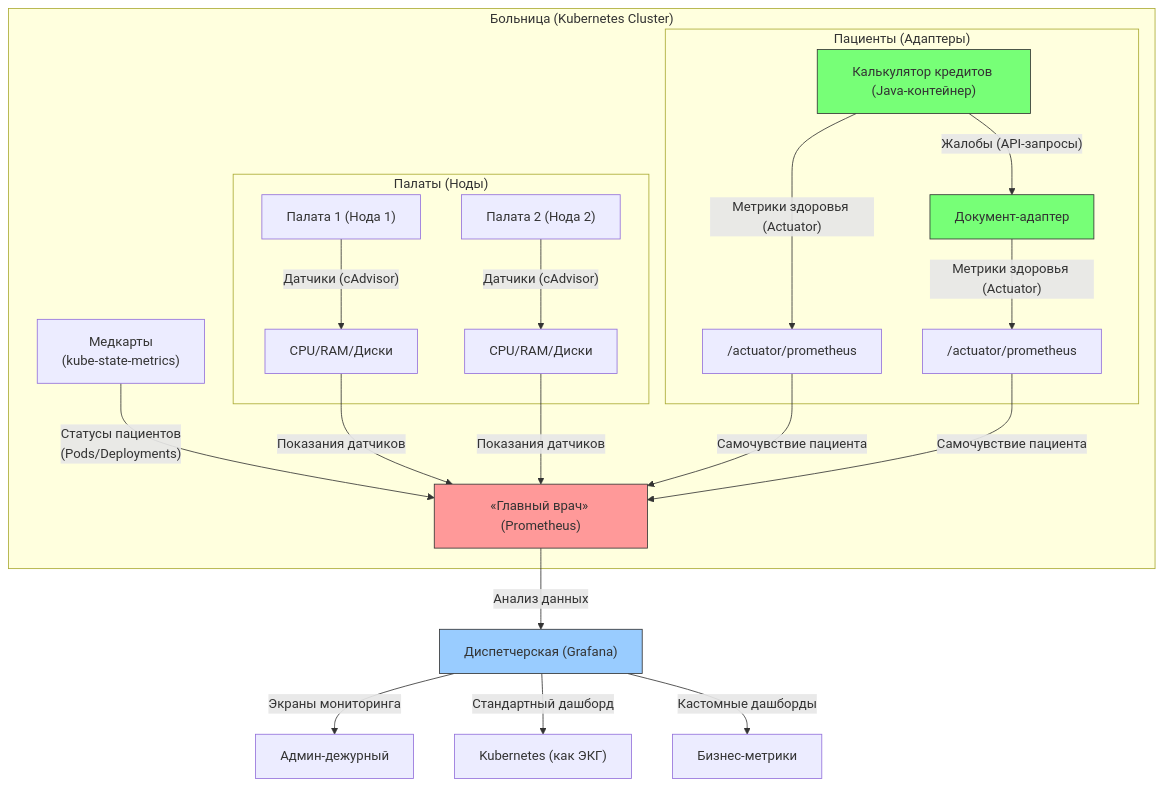
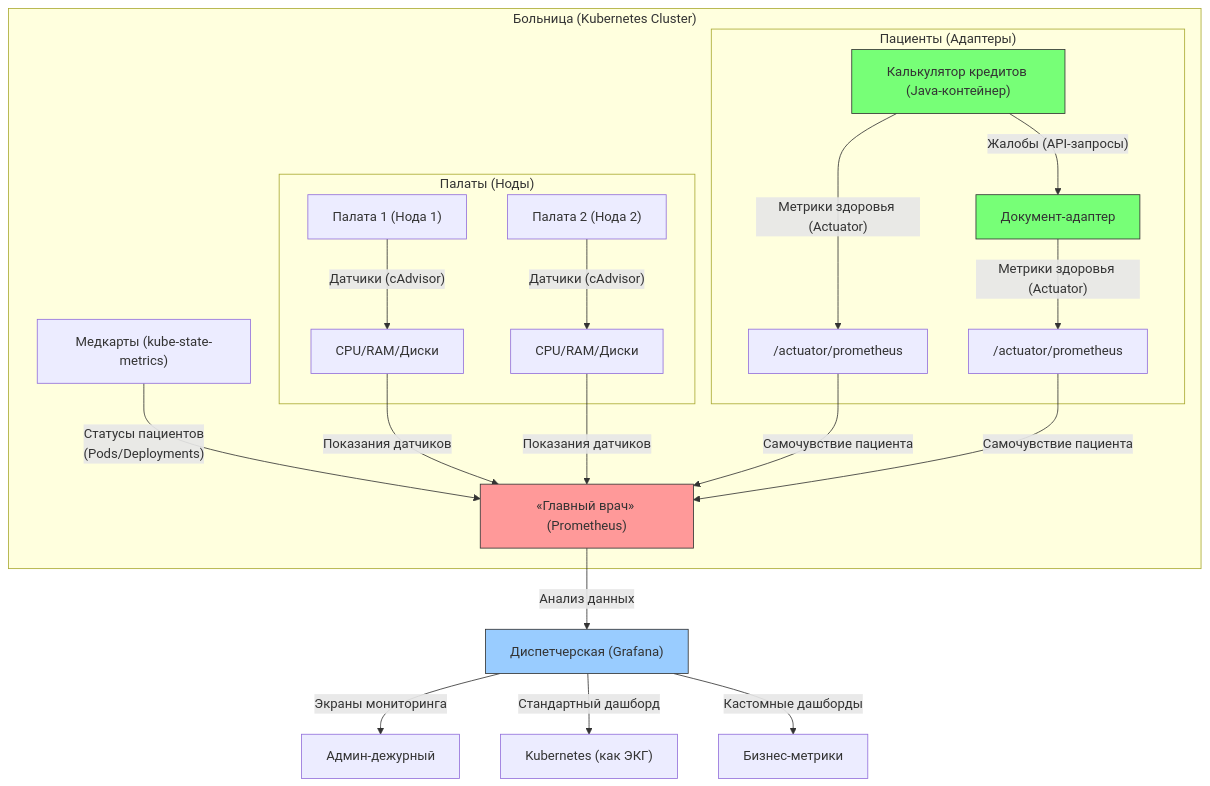
Before and after one commit to lamjob1993/kubernetes-monitoring: the diagram in kubernetes/legend/2. Проводим аналогию.md, drawn with Mermaid.

Commit message:
Update 2. Проводим аналогию.md

````diff
--- a/kubernetes/legend/2. Проводим аналогию.md
+++ b/kubernetes/legend/2. Проводим аналогию.md
@@ -3,31 +3,31 @@
 ```mermaid
 flowchart TD
     subgraph "Больница (Kubernetes Cluster)"
         subgraph "Палаты (Ноды)"
             Палата1["Палата 1 (Нода 1)"] --> |"Датчики (cAdvisor)"| Мониторы1["CPU/RAM/Диски"]
             Палата2["Палата 2 (Нода 2)"] --> |"Датчики (cAdvisor)"| Мониторы2["CPU/RAM/Диски"]
         end
 
         subgraph "Пациенты (Адаптеры)"
             Калькулятор["Калькулятор кредитов (Java-контейнер)"] --> |"Жалобы (API-запросы)"| Документы["Документ-адаптер"]
             Калькулятор --> |"Метрики здоровья (Actuator)"| МедКарта1["/actuator/prometheus"]
             Документы --> |"Метрики здоровья (Actuator)"| МедКарта2["/actuator/prometheus"]
         end
 
-        МедКарты["Медкарты\n(kube-state-metrics)"] --> |"Статусы пациентов\n(Pods/Deployments)"| ГлавВрач
+        МедКарты["Медкарты (kube-state-metrics)"] --> |"Статусы пациентов\n(Pods/Deployments)"| ГлавВрач
         Мониторы1 --> |"Показания датчиков"| ГлавВрач
         Мониторы2 --> |"Показания датчиков"| ГлавВрач
         МедКарта1 --> |"Самочувствие пациента"| ГлавВрач
         МедКарта2 --> |"Самочувствие пациента"| ГлавВрач
     end
 
     ГлавВрач["«Главный врач» (Prometheus)"] --> |"Анализ данных"| Диспетчерская["Диспетчерская (Grafana)"]
     Диспетчерская --> |"Экраны мониторинга"| Администратор["Админ-дежурный"]
     Диспетчерская --> |"Стандартный дашборд"| ЭКГ["Kubernetes (как ЭКГ)"]
     Диспетчерская --> |"Кастомные дашборды"| СпецМониторы["Бизнес-метрики"]
 
     style ГлавВрач fill:#ff9999,stroke:#333
     style Диспетчерская fill:#99ccff,stroke:#333
     style Калькулятор fill:#7f7,stroke:#333
     style Документы fill:#7f7,stroke:#333
 ```
````
